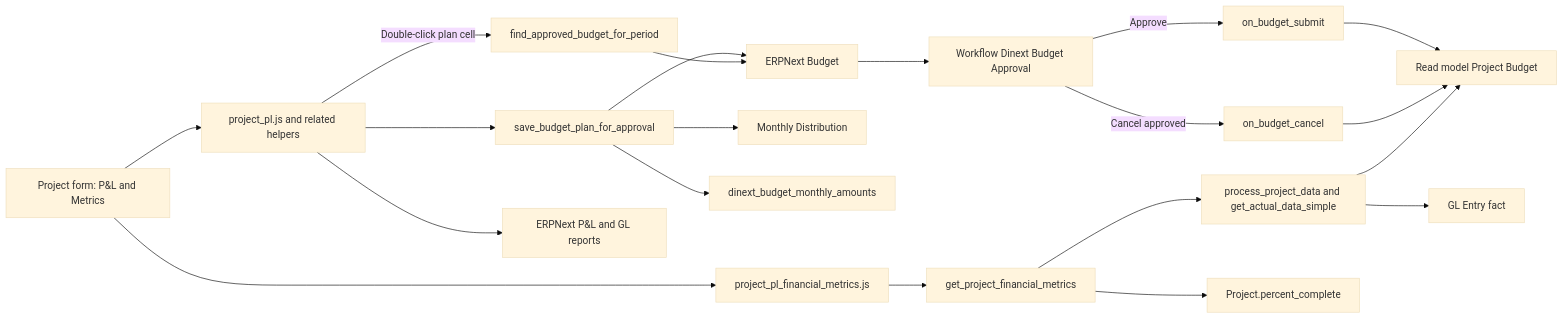
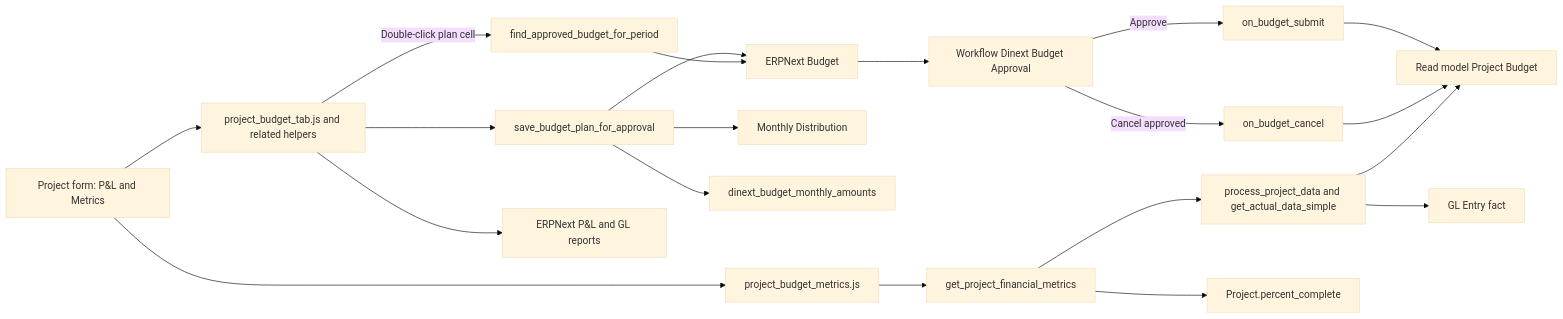
One commit to Dinext-pro/dinext-projects-pl changed the first of 2 diagrams in README.md. Above: the diagram before and after it, drawn with Mermaid (base theme). The commit also changed other lines of this file and 1 other file, not shown here.

````diff
--- a/README.md
+++ b/README.md
@@ -345,22 +774,22 @@
 ```mermaid
 flowchart LR
-  ProjectForm[Project form: P&L and Metrics] --> ClientJS[project_pl.js and related helpers]
+  ProjectForm[Project form: P&L and Metrics] --> ClientJS[project_budget_tab.js and related helpers]
   ClientJS --> ApprovalAPI[save_budget_plan_for_approval]
   ApprovalAPI --> BudgetDoc[ERPNext Budget]
   ApprovalAPI --> MonthlyDistribution[Monthly Distribution]
   ApprovalAPI --> ExactMonthly[dinext_budget_monthly_amounts]
   BudgetDoc --> Workflow[Workflow Dinext Budget Approval]
   Workflow -->|Approve| SubmitHook[on_budget_submit]
   Workflow -->|Cancel approved| CancelHook[on_budget_cancel]
   SubmitHook --> ProjectBudget[Read model Project Budget]
   CancelHook --> ProjectBudget
-  MetricsUI[project_pl_financial_metrics.js] --> MetricsAPI[get_project_financial_metrics]
+  MetricsUI[project_budget_metrics.js] --> MetricsAPI[get_project_financial_metrics]
   MetricsAPI --> ReportPipeline[process_project_data and get_actual_data_simple]
   ReportPipeline --> ProjectBudget
   ReportPipeline --> GLEntry[GL Entry fact]
   MetricsAPI --> ProjectProgress[Project.percent_complete]
   ProjectForm --> MetricsUI
   ClientJS -->|Double-click plan cell| FindApproved[find_approved_budget_for_period]
   FindApproved --> BudgetDoc
   ClientJS --> Reports[ERPNext P&L and GL reports]
 ```
````
